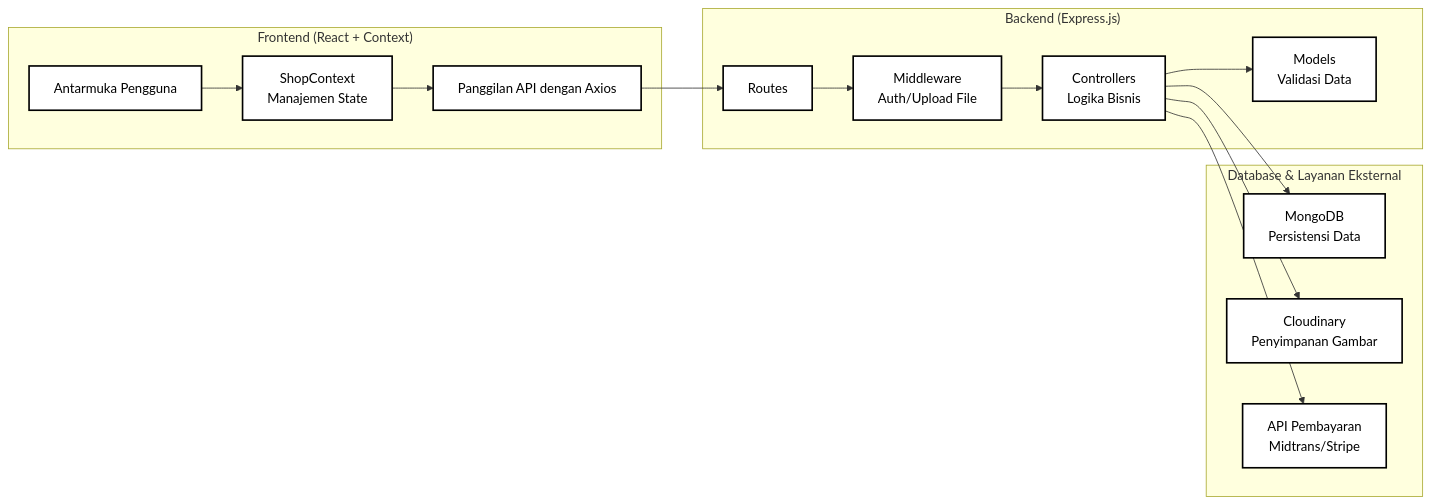
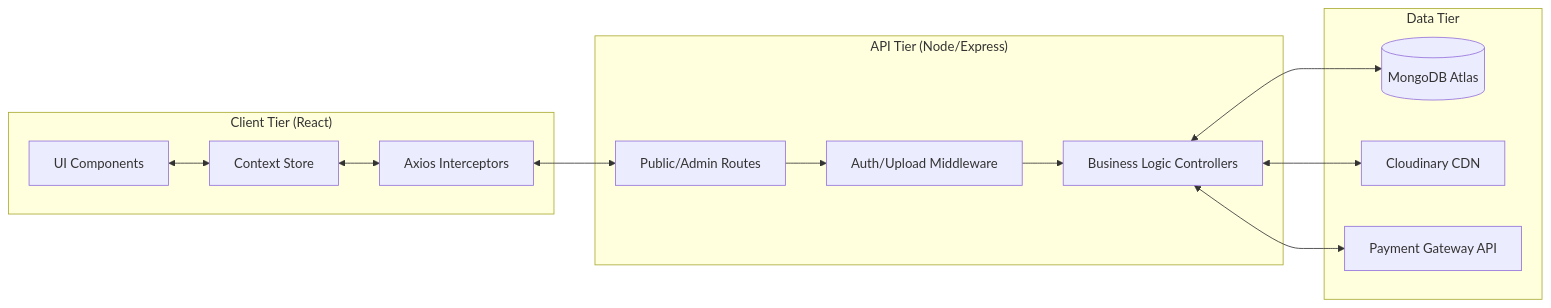
The sixth of 8 diagrams in flowchart.md (Grinti123/gerai-ayra-fullstack), drawn with Mermaid before and after one commit. The commit also changed other lines of this file and 229 other files, not shown here.

Commit message:
feat: Implement comprehensive admin panel features including finance, stock, returns, and user management, alongside new backend modules for analytics, expenses, categories, and wishlists.

````diff
--- a/flowchart.md
+++ b/flowchart.md
@@ -194,36 +206,29 @@
 ```mermaid
 graph LR
-    subgraph "Frontend (React + Context)"
-        A1[Antarmuka Pengguna]
-        A2[ShopContext<br/>Manajemen State]
-        A3[Panggilan API dengan Axios]
+    subgraph "Client Tier (React)"
+        A1[UI Components]
+        A2[Context Store]
+        A3[Axios Interceptors]
     end
 
-    subgraph "Backend (Express.js)"
-        B1[Routes]
-        B2[Middleware<br/>Auth/Upload File]
-        B3[Controllers<br/>Logika Bisnis]
-        B4[Models<br/>Validasi Data]
+    subgraph "API Tier (Node/Express)"
+        B1[Public/Admin Routes]
+        B2[Auth/Upload Middleware]
+        B3[Business Logic Controllers]
     end
 
-    subgraph "Database & Layanan Eksternal"
-        C1[MongoDB<br/>Persistensi Data]
-        C2[Cloudinary<br/>Penyimpanan Gambar]
-        C3[API Pembayaran<br/>Midtrans/Stripe]
+    subgraph "Data Tier"
+        C1[(MongoDB Atlas)]
+        C2[Cloudinary CDN]
+        C3[Payment Gateway API]
     end
 
-    A1 --> A2
-    A2 --> A3
-    A3 --> B1
+    A1 <--> A2
+    A2 <--> A3
+    A3 <--> B1
     B1 --> B2
     B2 --> B3
-    B3 --> B4
-
-    B3 --> C1
-    B3 --> C2
-    B3 --> C3
-
-    classDef default fill:#ffffff,stroke:#000000,stroke-width:2px,color:#000000
-
-    class A1,A2,A3,B1,B2,B3,B4,C1,C2,C3 default
+    B3 <--> C1
+    B3 <--> C2
+    B3 <--> C3
 ```
````
